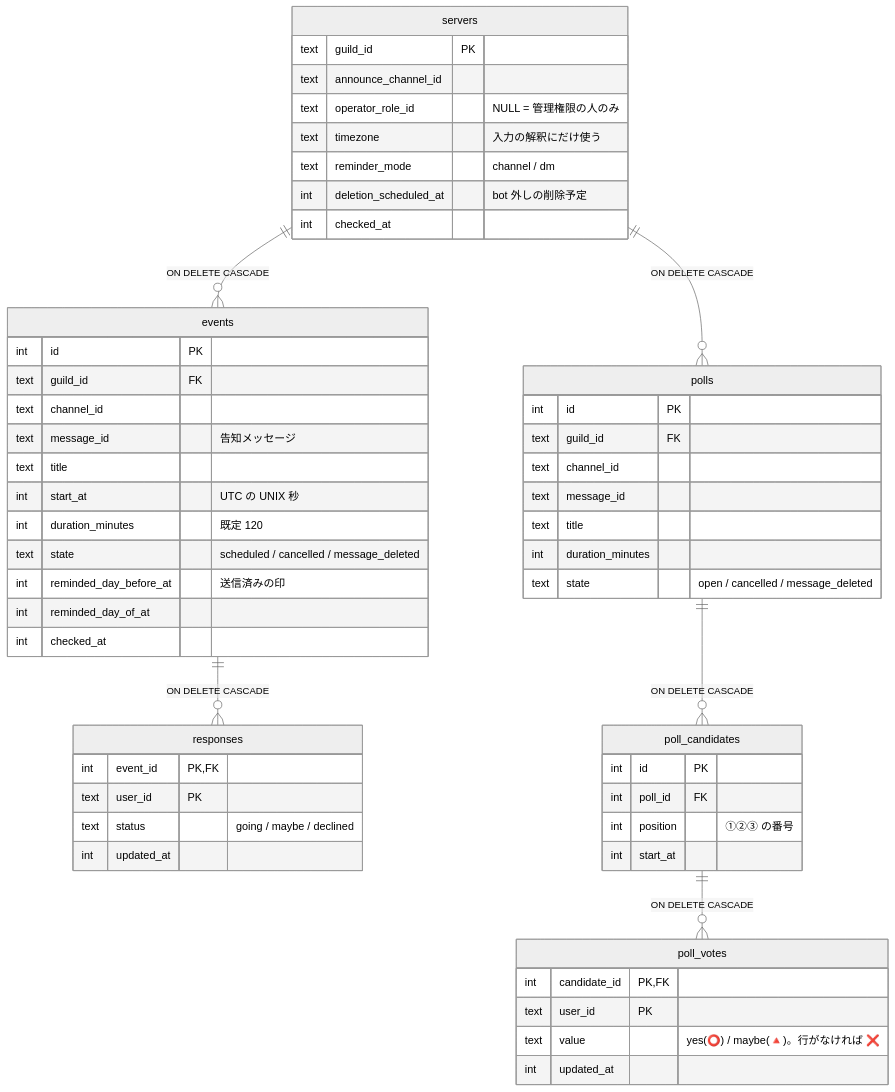
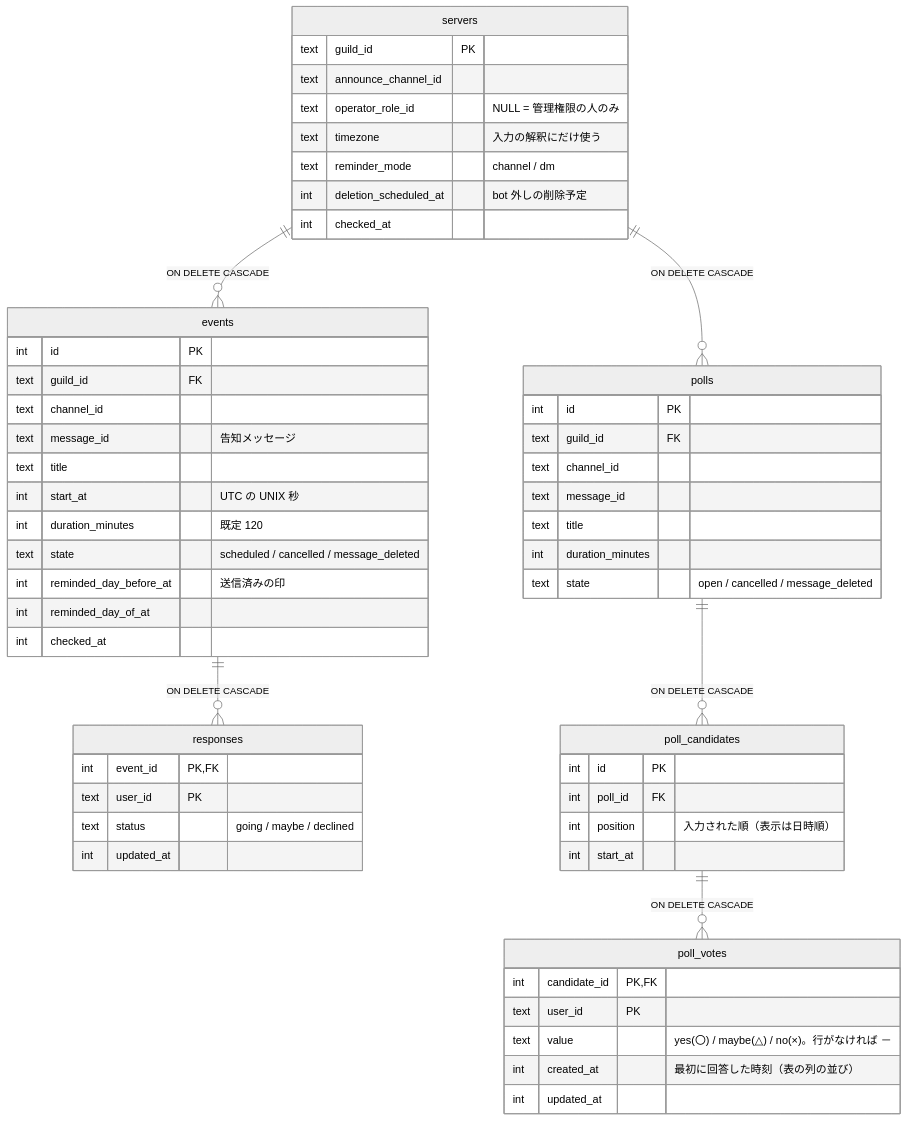
The third of 4 diagrams in docs/architecture.md (DirectKidman/easy-scheduling-bot), drawn with Mermaid (neutral theme) before and after one commit. The commit also changed other lines of this file and 23 other files, not shown here.

````diff
--- a/docs/architecture.md
+++ b/docs/architecture.md
@@ -94,58 +94,59 @@
 ```mermaid
 erDiagram
   servers ||--o{ events : "ON DELETE CASCADE"
   servers ||--o{ polls : "ON DELETE CASCADE"
   events ||--o{ responses : "ON DELETE CASCADE"
   polls ||--o{ poll_candidates : "ON DELETE CASCADE"
   poll_candidates ||--o{ poll_votes : "ON DELETE CASCADE"
 
   servers {
     text guild_id PK
     text announce_channel_id
     text operator_role_id "NULL = 管理権限の人のみ"
     text timezone "入力の解釈にだけ使う"
     text reminder_mode "channel / dm"
     int deletion_scheduled_at "bot 外しの削除予定"
     int checked_at
   }
   events {
     int id PK
     text guild_id FK
     text channel_id
     text message_id "告知メッセージ"
     text title
     int start_at "UTC の UNIX 秒"
     int duration_minutes "既定 120"
     text state "scheduled / cancelled / message_deleted"
     int reminded_day_before_at "送信済みの印"
     int reminded_day_of_at
     int checked_at
   }
   responses {
     int event_id PK,FK
     text user_id PK
     text status "going / maybe / declined"
     int updated_at
   }
   polls {
     int id PK
     text guild_id FK
     text channel_id
     text message_id
     text title
     int duration_minutes
     text state "open / cancelled / message_deleted"
   }
   poll_candidates {
     int id PK
     int poll_id FK
-    int position "①②③ の番号"
+    int position "入力された順（表示は日時順）"
     int start_at
   }
   poll_votes {
     int candidate_id PK,FK
     text user_id PK
-    text value "yes(⭕) / maybe(🔺)。行がなければ ❌"
+    text value "yes(〇) / maybe(△) / no(×)。行がなければ －"
+    int created_at "最初に回答した時刻（表の列の並び）"
     int updated_at
   }
 ```
````
